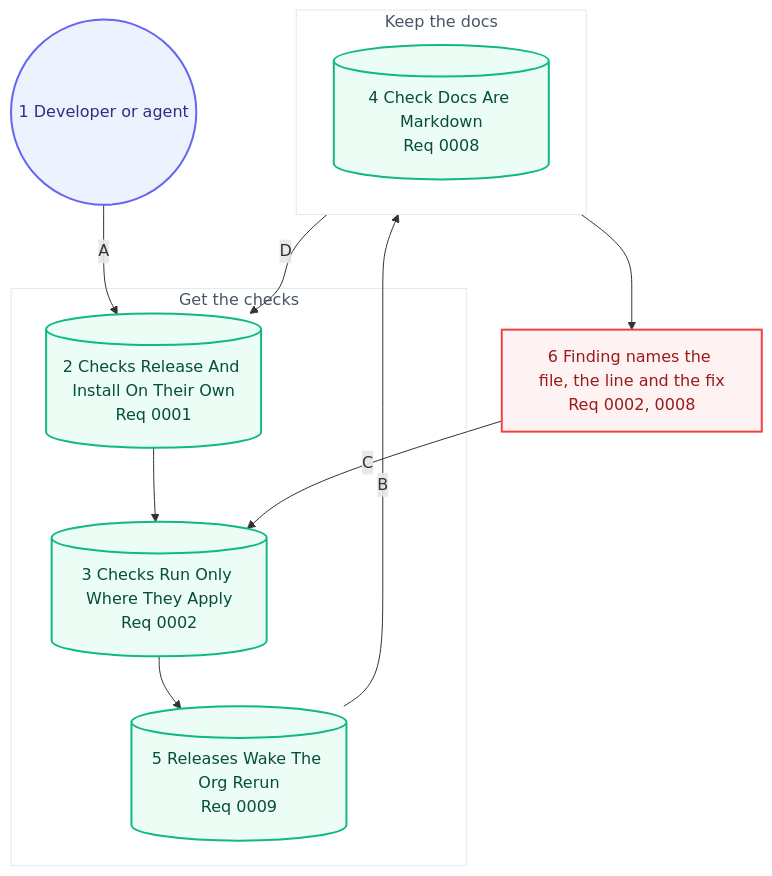
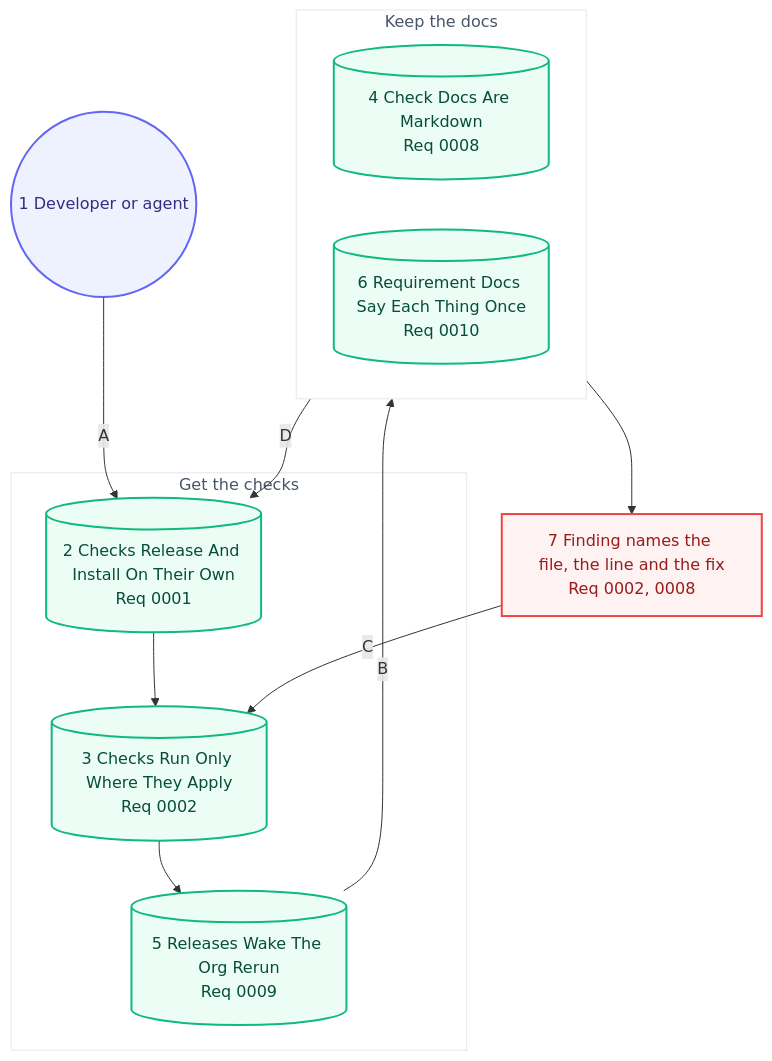
The second of 2 diagrams in docs/architecture/05-user-journey.md (may-journal/fitness-checks), drawn with Mermaid before and after one commit. The commit also changed other lines of this file and 102 other files, not shown here.

````diff
--- a/docs/architecture/05-user-journey.md
+++ b/docs/architecture/05-user-journey.md
@@ -38,37 +38,38 @@
 ```mermaid
 flowchart TB
     dev((1 Developer or agent)):::persona
 
     subgraph get["Get the checks"]
         %% journey-nodes:start 0001 0002 0009
         req0001[(2 Checks Release And Install On Their Own<br/>Req 0001)]:::system
         req0002[(3 Checks Run Only Where They Apply<br/>Req 0002)]:::system
         req0009[(5 Releases Wake The Org Rerun<br/>Req 0009)]:::system
         %% journey-nodes:end
     end
 
     subgraph judge["Keep the docs"]
-        %% journey-nodes:start 0008
+        %% journey-nodes:start 0008 0010
         req0008[(4 Check Docs Are Markdown<br/>Req 0008)]:::system
+        req0010[(6 Requirement Docs Say Each Thing Once<br/>Req 0010)]:::system
         %% journey-nodes:end
     end
 
-    red[6 Finding names the file, the line and the fix<br/>Req 0002, 0008]:::blocked
+    red[7 Finding names the file, the line and the fix<br/>Req 0002, 0008]:::blocked
 
     dev -->|A| req0001
     req0001 --> req0002
     req0002 --> req0009
     req0009 -->|B| judge
     judge --> red
     red -->|C| req0002
     judge -->|D| req0001
 
     classDef persona fill:#eef2ff,stroke:#6366f1,color:#312e81,stroke-width:2px
     classDef screen fill:#f8fafc,stroke:#64748b,color:#1e293b,stroke-width:2px
     classDef action fill:#fff7ed,stroke:#f97316,color:#9a3412,stroke-width:2px
     classDef system fill:#ecfdf5,stroke:#10b981,color:#064e3b,stroke-width:2px
     classDef blocked fill:#fef2f2,stroke:#ef4444,color:#991b1b,stroke-width:2px
 
     style get fill:#ffffff,stroke:#e2e8f0,color:#475569,stroke-width:1px
     style judge fill:#ffffff,stroke:#e2e8f0,color:#475569,stroke-width:1px
 ```
````
